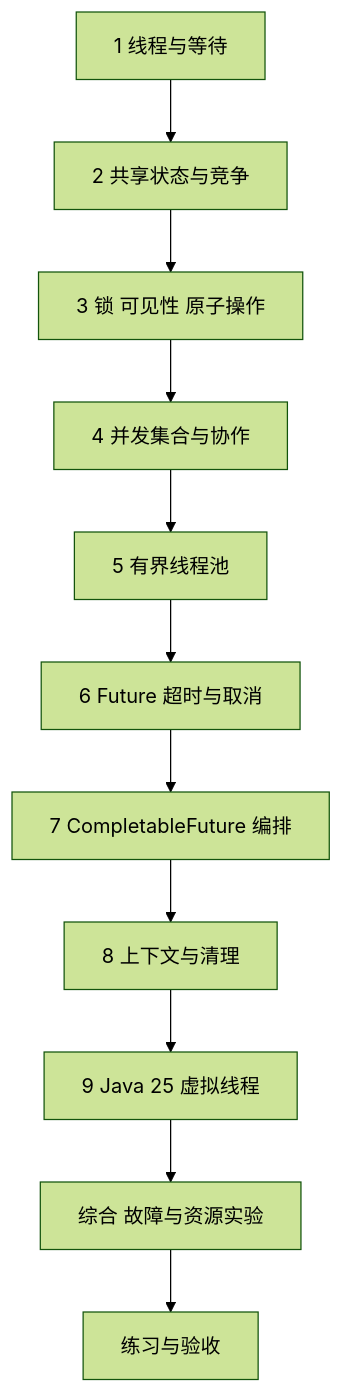
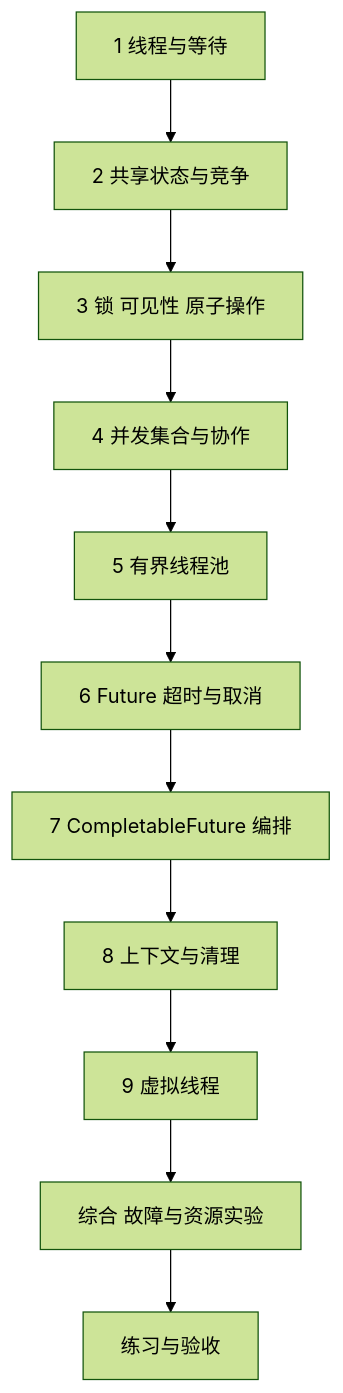
One commit to Mr-giraff/backend-roadmap changed the diagram in docs/07-并发与异步编程/README/index.md. Above: the diagram before and after it, drawn with Mermaid (forest theme). The commit also changed other lines of this file and 42 other files, not shown here.

````diff
--- a/docs/07-并发与异步编程/README/index.md
+++ b/docs/07-并发与异步编程/README/index.md
@@ -30,13 +30,13 @@
 ```mermaid
 flowchart TD
     A["1 线程与等待"] --> B["2 共享状态与竞争"]
     B --> C["3 锁 可见性 原子操作"]
     C --> D["4 并发集合与协作"]
     D --> E["5 有界线程池"]
     E --> F["6 Future 超时与取消"]
     F --> G["7 CompletableFuture 编排"]
     G --> H["8 上下文与清理"]
-    H --> V["9 Java 25 虚拟线程"]
+    H --> V["9 虚拟线程"]
     V --> I["综合 故障与资源实验"]
     I --> J["练习与验收"]
 ```
````
